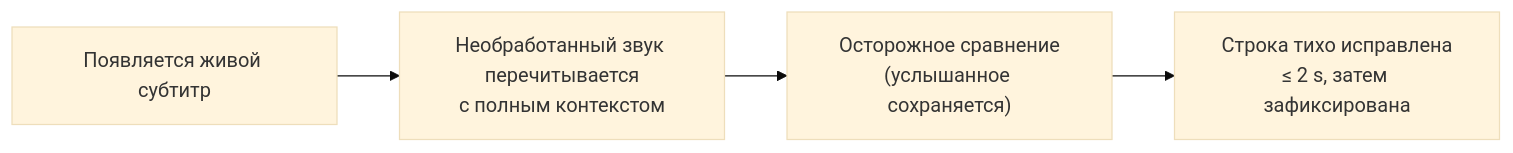
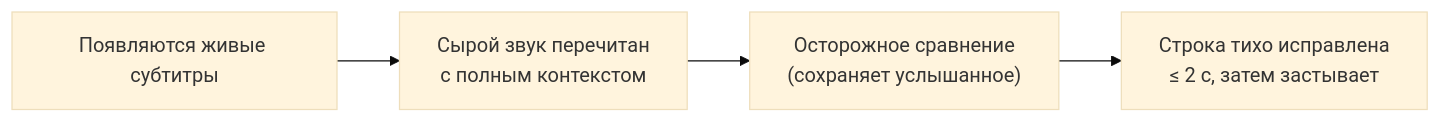
One commit to rpalm01-star/VigilantEarLegal changed the third of 4 diagrams in README_ru.md. Above: the diagram before and after it, drawn with Mermaid (base theme). The commit also changed other lines of this file and 14 other files, not shown here.

````diff
--- a/README_ru.md
+++ b/README_ru.md
@@ -168,4 +187,4 @@
 ```mermaid
 graph LR
-    L["Появляется живой субтитр"] --> K["Необработанный звук перечитывается<br/>с полным контекстом"] --> V["Осторожное сравнение<br/>(услышанное сохраняется)"] --> W["Строка тихо исправлена<br/>≤ 2 s, затем зафиксирована"]
+    L["Появляются живые субтитры"] --> K["Сырой звук перечитан<br/>с полным контекстом"] --> V["Осторожное сравнение<br/>(сохраняет услышанное)"] --> W["Строка тихо исправлена<br/>≤ 2 с, затем застывает"]
 ```
````
